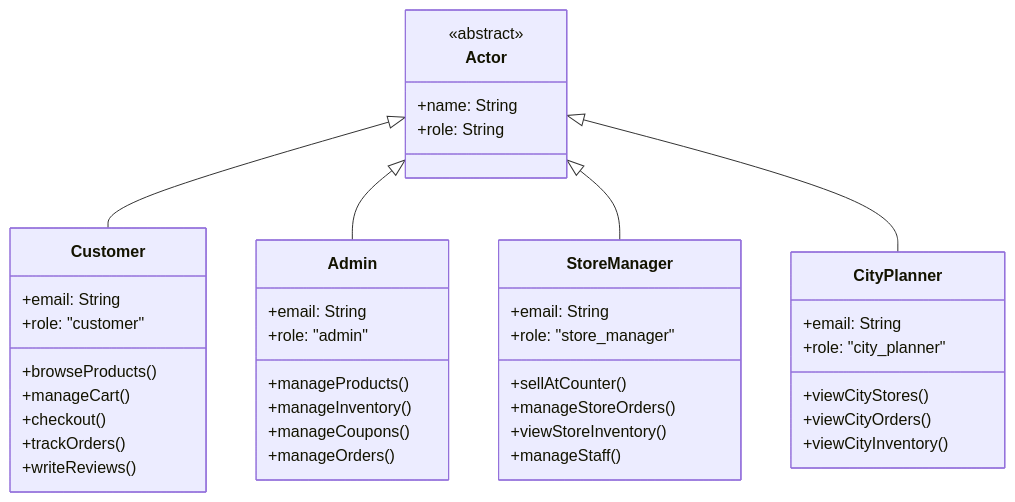
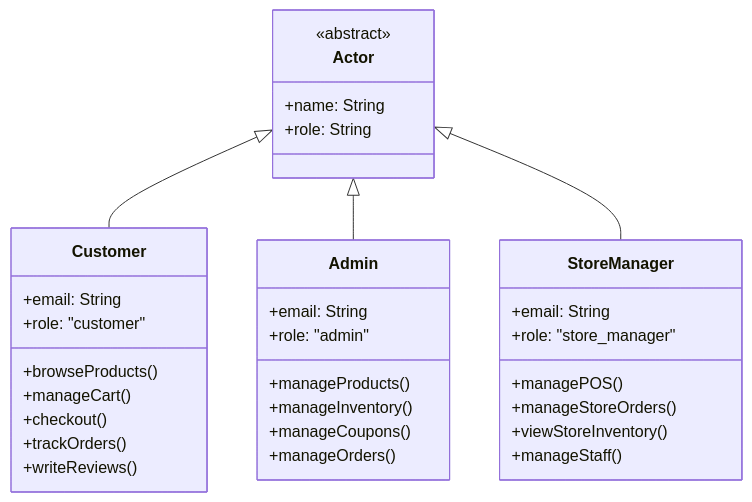
The first of 57 diagrams in docs/design-analysis/OOSAD_ANALYSIS.md (DanhTrannn/TLCN), drawn with Mermaid before and after one commit. The commit also changed other lines of this file and 20 other files, not shown here.

First line of the commit message:
refactor: remove city_planner role, simplify to admin + store_manager

````diff
--- a/docs/design-analysis/OOSAD_ANALYSIS.md
+++ b/docs/design-analysis/OOSAD_ANALYSIS.md
@@ -55,49 +54,40 @@
 ```mermaid
 classDiagram
     class Actor {
         <<abstract>>
         +name: String
         +role: String
     }
     
     class Customer {
         +email: String
         +role: "customer"
         +browseProducts()
         +manageCart()
         +checkout()
         +trackOrders()
         +writeReviews()
     }
     
     class Admin {
         +email: String
         +role: "admin"
         +manageProducts()
         +manageInventory()
         +manageCoupons()
         +manageOrders()
     }
     
     class StoreManager {
         +email: String
         +role: "store_manager"
-        +sellAtCounter()
+        +managePOS()
         +manageStoreOrders()
         +viewStoreInventory()
         +manageStaff()
     }
     
-    class CityPlanner {
-        +email: String
-        +role: "city_planner"
-        +viewCityStores()
-        +viewCityOrders()
-        +viewCityInventory()
-    }
-    
     Actor <|-- Customer
     Actor <|-- Admin
     Actor <|-- StoreManager
-    Actor <|-- CityPlanner
 ```
````
